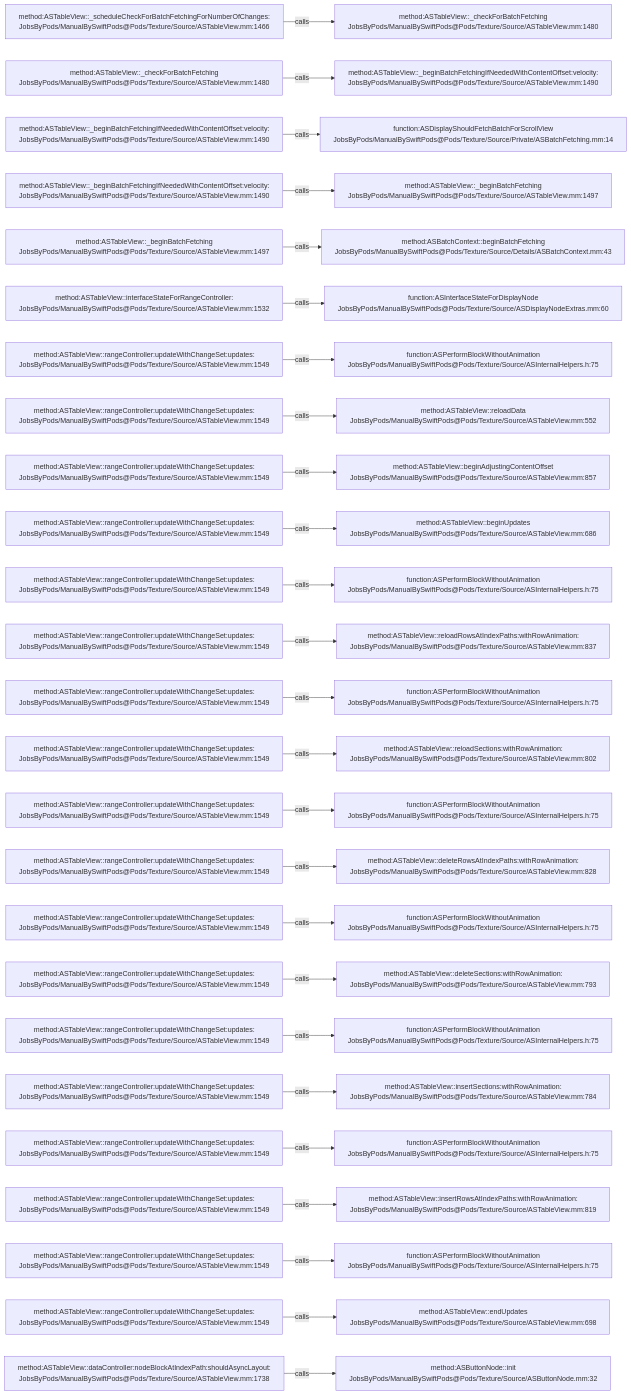
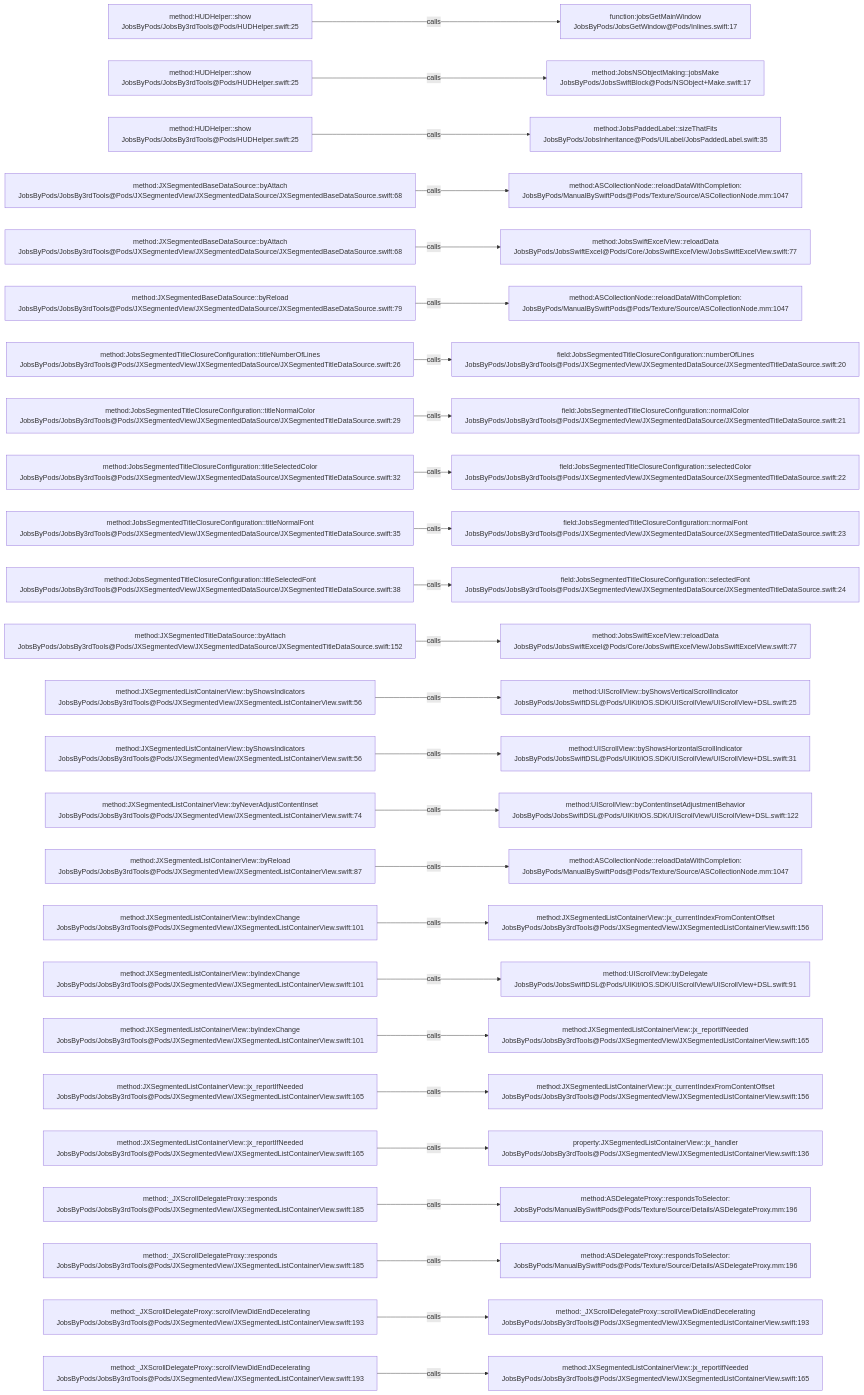
One commit to JobsKits/JobsSwiftBaseConfigDemo changed the diagram in .codegraph/codegraph.md/graphs/calls-062.md. Above: the diagram before and after it, drawn with Mermaid. The commit also changed 224 other files, not shown here.

````diff
--- a/.codegraph/codegraph.md/graphs/calls-062.md
+++ b/.codegraph/codegraph.md/graphs/calls-062.md
@@ -13,78 +13,78 @@
 ```mermaid
 flowchart LR
-  S1["method:ASTableView::_scheduleCheckForBatchFetchingForNumberOfChanges:<br/>JobsByPods/ManualBySwiftPods@Pods/Texture/Source/ASTableView.mm:1466"]
-  T1["method:ASTableView::_checkForBatchFetching<br/>JobsByPods/ManualBySwiftPods@Pods/Texture/Source/ASTableView.mm:1480"]
+  S1["method:HUDHelper::show<br/>JobsByPods/JobsBy3rdTools@Pods/HUDHelper.swift:25"]
+  T1["function:jobsGetMainWindow<br/>JobsByPods/JobsGetWindow@Pods/Inlines.swift:17"]
   S1 -->|calls| T1
-  S2["method:ASTableView::_checkForBatchFetching<br/>JobsByPods/ManualBySwiftPods@Pods/Texture/Source/ASTableView.mm:1480"]
-  T2["method:ASTableView::_beginBatchFetchingIfNeededWithContentOffset:velocity:<br/>JobsByPods/ManualBySwiftPods@Pods/Texture/Source/ASTableView.mm:1490"]
+  S2["method:HUDHelper::show<br/>JobsByPods/JobsBy3rdTools@Pods/HUDHelper.swift:25"]
+  T2["method:JobsNSObjectMaking::jobsMake<br/>JobsByPods/JobsSwiftBlock@Pods/NSObject+Make.swift:17"]
   S2 -->|calls| T2
-  S3["method:ASTableView::_beginBatchFetchingIfNeededWithContentOffset:velocity:<br/>JobsByPods/ManualBySwiftPods@Pods/Texture/Source/ASTableView.mm:1490"]
-  T3["function:ASDisplayShouldFetchBatchForScrollView<br/>JobsByPods/ManualBySwiftPods@Pods/Texture/Source/Private/ASBatchFetching.mm:14"]
+  S3["method:HUDHelper::show<br/>JobsByPods/JobsBy3rdTools@Pods/HUDHelper.swift:25"]
+  T3["method:JobsPaddedLabel::sizeThatFits<br/>JobsByPods/JobsInheritance@Pods/UILabel/JobsPaddedLabel.swift:35"]
   S3 -->|calls| T3
-  S4["method:ASTableView::_beginBatchFetchingIfNeededWithContentOffset:velocity:<br/>JobsByPods/ManualBySwiftPods@Pods/Texture/Source/ASTableView.mm:1490"]
-  T4["method:ASTableView::_beginBatchFetching<br/>JobsByPods/ManualBySwiftPods@Pods/Texture/Source/ASTableView.mm:1497"]
+  S4["method:JXSegmentedBaseDataSource::byAttach<br/>JobsByPods/JobsBy3rdTools@Pods/JXSegmentedView/JXSegmentedDataSource/JXSegmentedBaseDataSource.swift:68"]
+  T4["method:ASCollectionNode::reloadDataWithCompletion:<br/>JobsByPods/ManualBySwiftPods@Pods/Texture/Source/ASCollectionNode.mm:1047"]
   S4 -->|calls| T4
-  S5["method:ASTableView::_beginBatchFetching<br/>JobsByPods/ManualBySwiftPods@Pods/Texture/Source/ASTableView.mm:1497"]
-  T5["method:ASBatchContext::beginBatchFetching<br/>JobsByPods/ManualBySwiftPods@Pods/Texture/Source/Details/ASBatchContext.mm:43"]
+  S5["method:JXSegmentedBaseDataSource::byAttach<br/>JobsByPods/JobsBy3rdTools@Pods/JXSegmentedView/JXSegmentedDataSource/JXSegmentedBaseDataSource.swift:68"]
+  T5["method:JobsSwiftExcelView::reloadData<br/>JobsByPods/JobsSwiftExcel@Pods/Core/JobsSwiftExcelView/JobsSwiftExcelView.swift:77"]
   S5 -->|calls| T5
-  S6["method:ASTableView::interfaceStateForRangeController:<br/>JobsByPods/ManualBySwiftPods@Pods/Texture/Source/ASTableView.mm:1532"]
-  T6["function:ASInterfaceStateForDisplayNode<br/>JobsByPods/ManualBySwiftPods@Pods/Texture/Source/ASDisplayNodeExtras.mm:60"]
+  S6["method:JXSegmentedBaseDataSource::byReload<br/>JobsByPods/JobsBy3rdTools@Pods/JXSegmentedView/JXSegmentedDataSource/JXSegmentedBaseDataSource.swift:79"]
+  T6["method:ASCollectionNode::reloadDataWithCompletion:<br/>JobsByPods/ManualBySwiftPods@Pods/Texture/Source/ASCollectionNode.mm:1047"]
   S6 -->|calls| T6
-  S7["method:ASTableView::rangeController:updateWithChangeSet:updates:<br/>JobsByPods/ManualBySwiftPods@Pods/Texture/Source/ASTableView.mm:1549"]
-  T7["function:ASPerformBlockWithoutAnimation<br/>JobsByPods/ManualBySwiftPods@Pods/Texture/Source/ASInternalHelpers.h:75"]
+  S7["method:JobsSegmentedTitleClosureConfiguration::titleNumberOfLines<br/>JobsByPods/JobsBy3rdTools@Pods/JXSegmentedView/JXSegmentedDataSource/JXSegmentedTitleDataSource.swift:26"]
+  T7["field:JobsSegmentedTitleClosureConfiguration::numberOfLines<br/>JobsByPods/JobsBy3rdTools@Pods/JXSegmentedView/JXSegmentedDataSource/JXSegmentedTitleDataSource.swift:20"]
   S7 -->|calls| T7
-  S8["method:ASTableView::rangeController:updateWithChangeSet:updates:<br/>JobsByPods/ManualBySwiftPods@Pods/Texture/Source/ASTableView.mm:1549"]
-  T8["method:ASTableView::reloadData<br/>JobsByPods/ManualBySwiftPods@Pods/Texture/Source/ASTableView.mm:552"]
+  S8["method:JobsSegmentedTitleClosureConfiguration::titleNormalColor<br/>JobsByPods/JobsBy3rdTools@Pods/JXSegmentedView/JXSegmentedDataSource/JXSegmentedTitleDataSource.swift:29"]
+  T8["field:JobsSegmentedTitleClosureConfiguration::normalColor<br/>JobsByPods/JobsBy3rdTools@Pods/JXSegmentedView/JXSegmentedDataSource/JXSegmentedTitleDataSource.swift:21"]
   S8 -->|calls| T8
-  S9["method:ASTableView::rangeController:updateWithChangeSet:updates:<br/>JobsByPods/ManualBySwiftPods@Pods/Texture/Source/ASTableView.mm:1549"]
-  T9["method:ASTableView::beginAdjustingContentOffset<br/>JobsByPods/ManualBySwiftPods@Pods/Texture/Source/ASTableView.mm:857"]
+  S9["method:JobsSegmentedTitleClosureConfiguration::titleSelectedColor<br/>JobsByPods/JobsBy3rdTools@Pods/JXSegmentedView/JXSegmentedDataSource/JXSegmentedTitleDataSource.swift:32"]
+  T9["field:JobsSegmentedTitleClosureConfiguration::selectedColor<br/>JobsByPods/JobsBy3rdTools@Pods/JXSegmentedView/JXSegmentedDataSource/JXSegmentedTitleDataSource.swift:22"]
   S9 -->|calls| T9
-  S10["method:ASTableView::rangeController:updateWithChangeSet:updates:<br/>JobsByPods/ManualBySwiftPods@Pods/Texture/Source/ASTableView.mm:1549"]
-  T10["method:ASTableView::beginUpdates<br/>JobsByPods/ManualBySwiftPods@Pods/Texture/Source/ASTableView.mm:686"]
+  S10["method:JobsSegmentedTitleClosureConfiguration::titleNormalFont<br/>JobsByPods/JobsBy3rdTools@Pods/JXSegmentedView/JXSegmentedDataSource/JXSegmentedTitleDataSource.swift:35"]
+  T10["field:JobsSegmentedTitleClosureConfiguration::normalFont<br/>JobsByPods/JobsBy3rdTools@Pods/JXSegmentedView/JXSegmentedDataSource/JXSegmentedTitleDataSource.swift:23"]
   S10 -->|calls| T10
-  S11["method:ASTableView::rangeController:updateWithChangeSet:updates:<br/>JobsByPods/ManualBySwiftPods@Pods/Texture/Source/ASTableView.mm:1549"]
-  T11["function:ASPerformBlockWithoutAnimation<br/>JobsByPods/ManualBySwiftPods@Pods/Texture/Source/ASInternalHelpers.h:75"]
+  S11["method:JobsSegmentedTitleClosureConfiguration::titleSelectedFont<br/>JobsByPods/JobsBy3rdTools@Pods/JXSegmentedView/JXSegmentedDataSource/JXSegmentedTitleDataSource.swift:38"]
+  T11["field:JobsSegmentedTitleClosureConfiguration::selectedFont<br/>JobsByPods/JobsBy3rdTools@Pods/JXSegmentedView/JXSegmentedDataSource/JXSegmentedTitleDataSource.swift:24"]
   S11 -->|calls| T11
-  S12["method:ASTableView::rangeController:updateWithChangeSet:updates:<br/>JobsByPods/ManualBySwiftPods@Pods/Texture/Source/ASTableView.mm:1549"]
-  T12["method:ASTableView::reloadRowsAtIndexPaths:withRowAnimation:<br/>JobsByPods/ManualBySwiftPods@Pods/Texture/Source/ASTableView.mm:837"]
+  S12["method:JXSegmentedTitleDataSource::byAttach<br/>JobsByPods/JobsBy3rdTools@Pods/JXSegmentedView/JXSegmentedDataSource/JXSegmentedTitleDataSource.swift:152"]
+  T12["method:JobsSwiftExcelView::reloadData<br/>JobsByPods/JobsSwiftExcel@Pods/Core/JobsSwiftExcelView/JobsSwiftExcelView.swift:77"]
   S12 -->|calls| T12
-  S13["method:ASTableView::rangeController:updateWithChangeSet:updates:<br/>JobsByPods/ManualBySwiftPods@Pods/Texture/Source/ASTableView.mm:1549"]
-  T13["function:ASPerformBlockWithoutAnimation<br/>JobsByPods/ManualBySwiftPods@Pods/Texture/Source/ASInternalHelpers.h:75"]
+  S13["method:JXSegmentedListContainerView::byShowsIndicators<br/>JobsByPods/JobsBy3rdTools@Pods/JXSegmentedView/JXSegmentedListContainerView.swift:56"]
+  T13["method:UIScrollView::byShowsVerticalScrollIndicator<br/>JobsByPods/JobsSwiftDSL@Pods/UIKit/iOS.SDK/UIScrollView/UIScrollView+DSL.swift:25"]
   S13 -->|calls| T13
-  S14["method:ASTableView::rangeController:updateWithChangeSet:updates:<br/>JobsByPods/ManualBySwiftPods@Pods/Texture/Source/ASTableView.mm:1549"]
-  T14["method:ASTableView::reloadSections:withRowAnimation:<br/>JobsByPods/ManualBySwiftPods@Pods/Texture/Source/ASTableView.mm:802"]
+  S14["method:JXSegmentedListContainerView::byShowsIndicators<br/>JobsByPods/JobsBy3rdTools@Pods/JXSegmentedView/JXSegmentedListContainerView.swift:56"]
+  T14["method:UIScrollView::byShowsHorizontalScrollIndicator<br/>JobsByPods/JobsSwiftDSL@Pods/UIKit/iOS.SDK/UIScrollView/UIScrollView+DSL.swift:31"]
   S14 -->|calls| T14
-  S15["method:ASTableView::rangeController:updateWithChangeSet:updates:<br/>JobsByPods/ManualBySwiftPods@Pods/Texture/Source/ASTableView.mm:1549"]
-  T15["function:ASPerformBlockWithoutAnimation<br/>JobsByPods/ManualBySwiftPods@Pods/Texture/Source/ASInternalHelpers.h:75"]
+  S15["method:JXSegmentedListContainerView::byNeverAdjustContentInset<br/>JobsByPods/JobsBy3rdTools@Pods/JXSegmentedView/JXSegmentedListContainerView.swift:74"]
+  T15["method:UIScrollView::byContentInsetAdjustmentBehavior<br/>JobsByPods/JobsSwiftDSL@Pods/UIKit/iOS.SDK/UIScrollView/UIScrollView+DSL.swift:122"]
   S15 -->|calls| T15
-  S16["method:ASTableView::rangeController:updateWithChangeSet:updates:<br/>JobsByPods/ManualBySwiftPods@Pods/Texture/Source/ASTableView.mm:1549"]
-  T16["method:ASTableView::deleteRowsAtIndexPaths:withRowAnimation:<br/>JobsByPods/ManualBySwiftPods@Pods/Texture/Source/ASTableView.mm:828"]
+  S16["method:JXSegmentedListContainerView::byReload<br/>JobsByPods/JobsBy3rdTools@Pods/JXSegmentedView/JXSegmentedListContainerView.swift:87"]
+  T16["method:ASCollectionNode::reloadDataWithCompletion:<br/>JobsByPods/ManualBySwiftPods@Pods/Texture/Source/ASCollectionNode.mm:1047"]
   S16 -->|calls| T16
-  S17["method:ASTableView::rangeController:updateWithChangeSet:updates:<br/>JobsByPods/ManualBySwiftPods@Pods/Texture/Source/ASTableView.mm:1549"]
-  T17["function:ASPerformBlockWithoutAnimation<br/>JobsByPods/ManualBySwiftPods@Pods/Texture/Source/ASInternalHelpers.h:75"]
+  S17["method:JXSegmentedListContainerView::byIndexChange<br/>JobsByPods/JobsBy3rdTools@Pods/JXSegmentedView/JXSegmentedListContainerView.swift:101"]
+  T17["method:JXSegmentedListContainerView::jx_currentIndexFromContentOffset<br/>JobsByPods/JobsBy3rdTools@Pods/JXSegmentedView/JXSegmentedListContainerView.swift:156"]
   S17 -->|calls| T17
-  S18["method:ASTableView::rangeController:updateWithChangeSet:updates:<br/>JobsByPods/ManualBySwiftPods@Pods/Texture/Source/ASTableView.mm:1549"]
-  T18["method:ASTableView::deleteSections:withRowAnimation:<br/>JobsByPods/ManualBySwiftPods@Pods/Texture/Source/ASTableView.mm:793"]
+  S18["method:JXSegmentedListContainerView::byIndexChange<br/>JobsByPods/JobsBy3rdTools@Pods/JXSegmentedView/JXSegmentedListContainerView.swift:101"]
+  T18["method:UIScrollView::byDelegate<br/>JobsByPods/JobsSwiftDSL@Pods/UIKit/iOS.SDK/UIScrollView/UIScrollView+DSL.swift:91"]
   S18 -->|calls| T18
-  S19["method:ASTableView::rangeController:updateWithChangeSet:updates:<br/>JobsByPods/ManualBySwiftPods@Pods/Texture/Source/ASTableView.mm:1549"]
-  T19["function:ASPerformBlockWithoutAnimation<br/>JobsByPods/ManualBySwiftPods@Pods/Texture/Source/ASInternalHelpers.h:75"]
+  S19["method:JXSegmentedListContainerView::byIndexChange<br/>JobsByPods/JobsBy3rdTools@Pods/JXSegmentedView/JXSegmentedListContainerView.swift:101"]
+  T19["method:JXSegmentedListContainerView::jx_reportIfNeeded<br/>JobsByPods/JobsBy3rdTools@Pods/JXSegmentedView/JXSegmentedListContainerView.swift:165"]
   S19 -->|calls| T19
-  S20["method:ASTableView::rangeController:updateWithChangeSet:updates:<br/>JobsByPods/ManualBySwiftPods@Pods/Texture/Source/ASTableView.mm:1549"]
-  T20["method:ASTableView::insertSections:withRowAnimation:<br/>JobsByPods/ManualBySwiftPods@Pods/Texture/Source/ASTableView.mm:784"]
+  S20["method:JXSegmentedListContainerView::jx_reportIfNeeded<br/>JobsByPods/JobsBy3rdTools@Pods/JXSegmentedView/JXSegmentedListContainerView.swift:165"]
+  T20["method:JXSegmentedListContainerView::jx_currentIndexFromContentOffset<br/>JobsByPods/JobsBy3rdTools@Pods/JXSegmentedView/JXSegmentedListContainerView.swift:156"]
   S20 -->|calls| T20
-  S21["method:ASTableView::rangeController:updateWithChangeSet:updates:<br/>JobsByPods/ManualBySwiftPods@Pods/Texture/Source/ASTableView.mm:1549"]
-  T21["function:ASPerformBlockWithoutAnimation<br/>JobsByPods/ManualBySwiftPods@Pods/Texture/Source/ASInternalHelpers.h:75"]
+  S21["method:JXSegmentedListContainerView::jx_reportIfNeeded<br/>JobsByPods/JobsBy3rdTools@Pods/JXSegmentedView/JXSegmentedListContainerView.swift:165"]
+  T21["property:JXSegmentedListContainerView::jx_handler<br/>JobsByPods/JobsBy3rdTools@Pods/JXSegmentedView/JXSegmentedListContainerView.swift:136"]
   S21 -->|calls| T21
-  S22["method:ASTableView::rangeController:updateWithChangeSet:updates:<br/>JobsByPods/ManualBySwiftPods@Pods/Texture/Source/ASTableView.mm:1549"]
-  T22["method:ASTableView::insertRowsAtIndexPaths:withRowAnimation:<br/>JobsByPods/ManualBySwiftPods@Pods/Texture/Source/ASTableView.mm:819"]
+  S22["method:_JXScrollDelegateProxy::responds<br/>JobsByPods/JobsBy3rdTools@Pods/JXSegmentedView/JXSegmentedListContainerView.swift:185"]
+  T22["method:ASDelegateProxy::respondsToSelector:<br/>JobsByPods/ManualBySwiftPods@Pods/Texture/Source/Details/ASDelegateProxy.mm:196"]
   S22 -->|calls| T22
-  S23["method:ASTableView::rangeController:updateWithChangeSet:updates:<br/>JobsByPods/ManualBySwiftPods@Pods/Texture/Source/ASTableView.mm:1549"]
-  T23["function:ASPerformBlockWithoutAnimation<br/>JobsByPods/ManualBySwiftPods@Pods/Texture/Source/ASInternalHelpers.h:75"]
+  S23["method:_JXScrollDelegateProxy::responds<br/>JobsByPods/JobsBy3rdTools@Pods/JXSegmentedView/JXSegmentedListContainerView.swift:185"]
+  T23["method:ASDelegateProxy::respondsToSelector:<br/>JobsByPods/ManualBySwiftPods@Pods/Texture/Source/Details/ASDelegateProxy.mm:196"]
   S23 -->|calls| T23
-  S24["method:ASTableView::rangeController:updateWithChangeSet:updates:<br/>JobsByPods/ManualBySwiftPods@Pods/Texture/Source/ASTableView.mm:1549"]
-  T24["method:ASTableView::endUpdates<br/>JobsByPods/ManualBySwiftPods@Pods/Texture/Source/ASTableView.mm:698"]
+  S24["method:_JXScrollDelegateProxy::scrollViewDidEndDecelerating<br/>JobsByPods/JobsBy3rdTools@Pods/JXSegmentedView/JXSegmentedListContainerView.swift:193"]
+  T24["method:_JXScrollDelegateProxy::scrollViewDidEndDecelerating<br/>JobsByPods/JobsBy3rdTools@Pods/JXSegmentedView/JXSegmentedListContainerView.swift:193"]
   S24 -->|calls| T24
-  S25["method:ASTableView::dataController:nodeBlockAtIndexPath:shouldAsyncLayout:<br/>JobsByPods/ManualBySwiftPods@Pods/Texture/Source/ASTableView.mm:1738"]
-  T25["method:ASButtonNode::init<br/>JobsByPods/ManualBySwiftPods@Pods/Texture/Source/ASButtonNode.mm:32"]
+  S25["method:_JXScrollDelegateProxy::scrollViewDidEndDecelerating<br/>JobsByPods/JobsBy3rdTools@Pods/JXSegmentedView/JXSegmentedListContainerView.swift:193"]
+  T25["method:JXSegmentedListContainerView::jx_reportIfNeeded<br/>JobsByPods/JobsBy3rdTools@Pods/JXSegmentedView/JXSegmentedListContainerView.swift:165"]
   S25 -->|calls| T25
 ```
````
